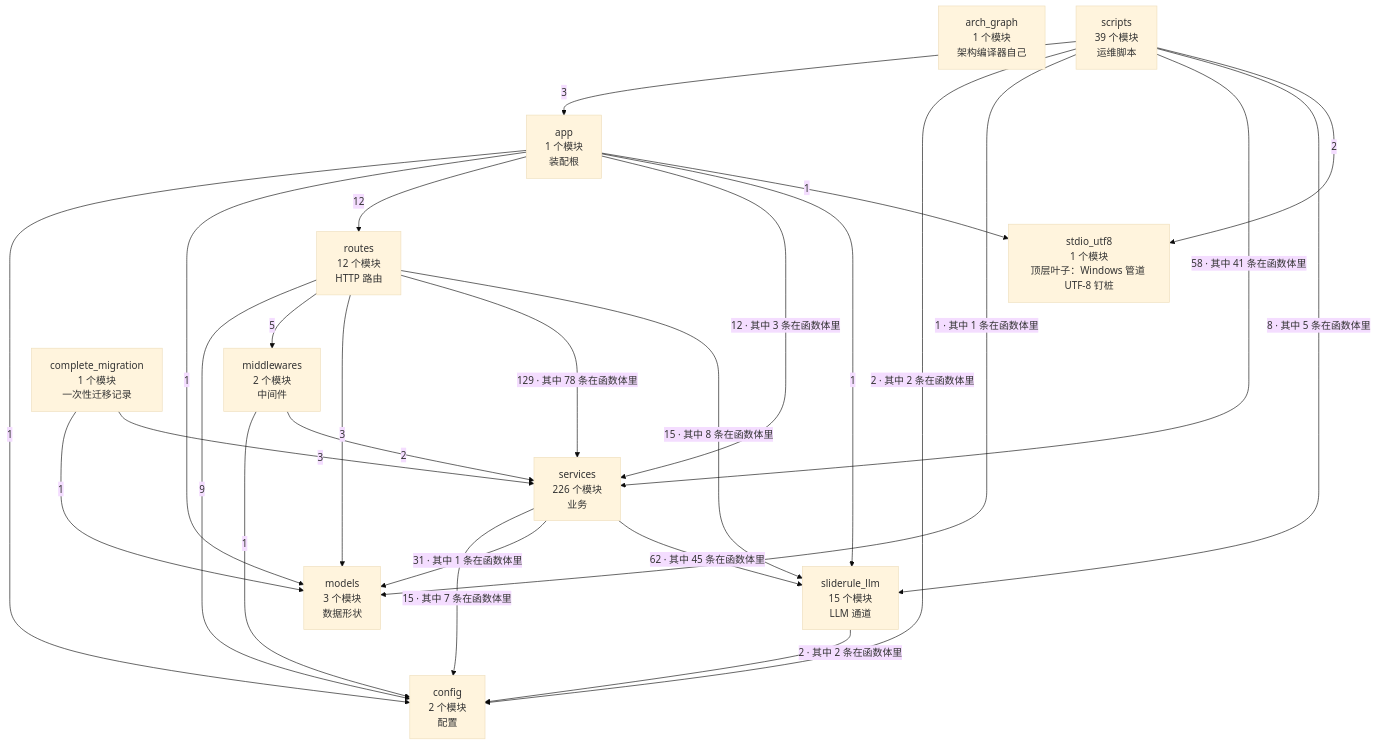
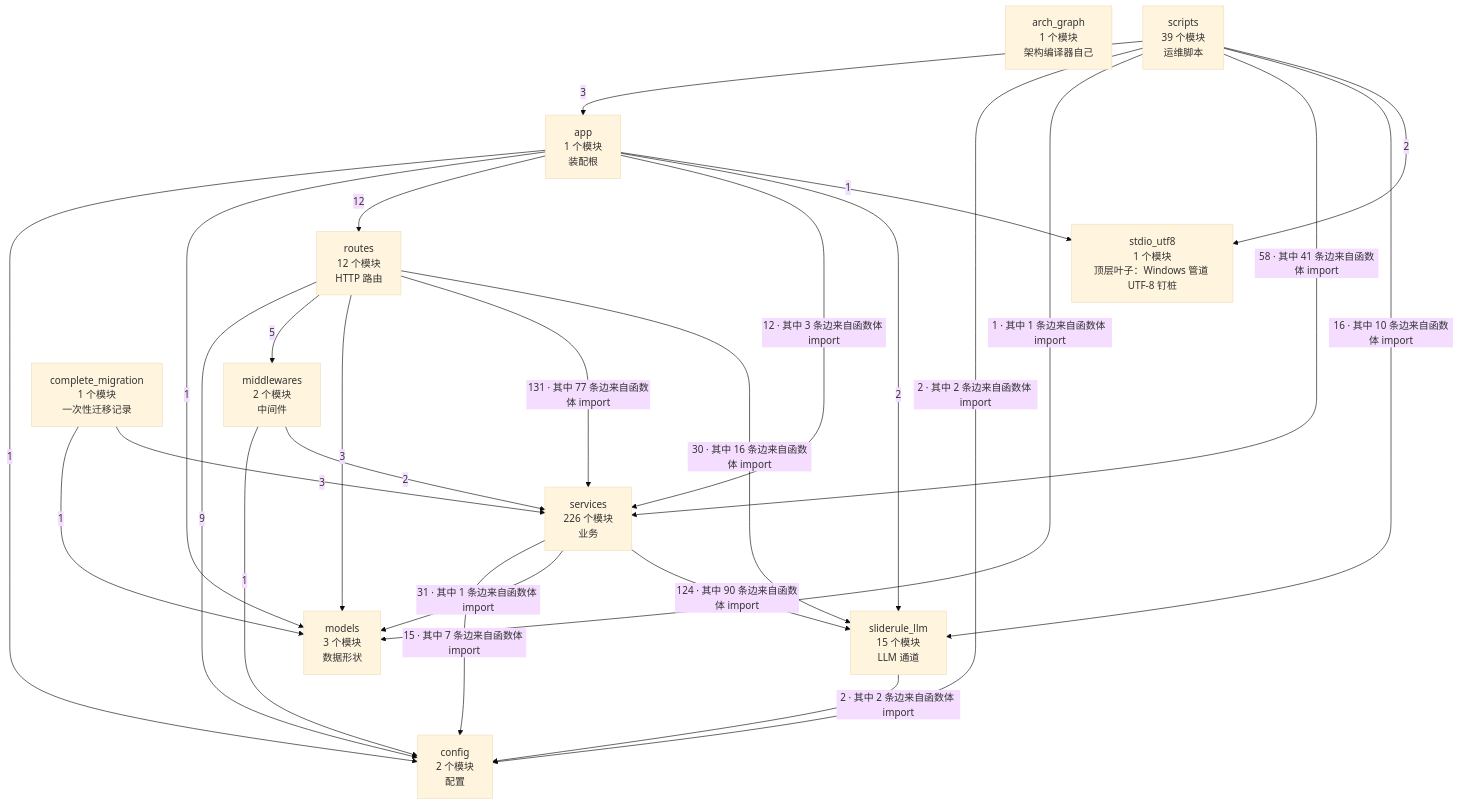
The second of 4 diagrams in docs/SlideRule V6.2 架构图（自动生成）.md (2686521696/WhyBuddy), drawn with Mermaid (base theme) before and after one commit. The commit also changed other lines of this file and 13 other files, not shown here.

First line of the commit message:
fix(architecture): validate complete dependency graphs and regenerate docs

````diff
--- a/docs/SlideRule V6.2 架构图（自动生成）.md
+++ b/docs/SlideRule V6.2 架构图（自动生成）.md
@@ -60,39 +62,39 @@
 ```mermaid
 flowchart TB
   arch_graph["arch_graph<br/>1 个模块<br/>架构编译器自己"]
   config["config<br/>2 个模块<br/>配置"]
   models["models<br/>3 个模块<br/>数据形状"]
   stdio_utf8["stdio_utf8<br/>1 个模块<br/>顶层叶子：Windows 管道 UTF-8 钉桩"]
   sliderule_llm["sliderule_llm<br/>15 个模块<br/>LLM 通道"]
   middlewares["middlewares<br/>2 个模块<br/>中间件"]
   services["services<br/>226 个模块<br/>业务"]
   routes["routes<br/>12 个模块<br/>HTTP 路由"]
   app["app<br/>1 个模块<br/>装配根"]
   complete_migration["complete_migration<br/>1 个模块<br/>一次性迁移记录"]
   scripts["scripts<br/>39 个模块<br/>运维脚本"]
   app -->|1| config
   app -->|1| models
   app -->|12| routes
-  app -->|12 · 其中 3 条在函数体里| services
-  app -->|1| sliderule_llm
+  app -->|12 · 其中 3 条边来自函数体 import| services
+  app -->|2| sliderule_llm
   app -->|1| stdio_utf8
   complete_migration -->|1| models
   complete_migration -->|3| services
   middlewares -->|1| config
   middlewares -->|2| services
   routes -->|9| config
   routes -->|5| middlewares
   routes -->|3| models
-  routes -->|129 · 其中 78 条在函数体里| services
-  routes -->|15 · 其中 8 条在函数体里| sliderule_llm
+  routes -->|131 · 其中 77 条边来自函数体 import| services
+  routes -->|30 · 其中 16 条边来自函数体 import| sliderule_llm
   scripts -->|3| app
-  scripts -->|2 · 其中 2 条在函数体里| config
-  scripts -->|1 · 其中 1 条在函数体里| models
-  scripts -->|58 · 其中 41 条在函数体里| services
-  scripts -->|8 · 其中 5 条在函数体里| sliderule_llm
+  scripts -->|2 · 其中 2 条边来自函数体 import| config
+  scripts -->|1 · 其中 1 条边来自函数体 import| models
+  scripts -->|58 · 其中 41 条边来自函数体 import| services
+  scripts -->|16 · 其中 10 条边来自函数体 import| sliderule_llm
   scripts -->|2| stdio_utf8
-  services -->|15 · 其中 7 条在函数体里| config
-  services -->|31 · 其中 1 条在函数体里| models
-  services -->|62 · 其中 45 条在函数体里| sliderule_llm
-  sliderule_llm -->|2 · 其中 2 条在函数体里| config
+  services -->|15 · 其中 7 条边来自函数体 import| config
+  services -->|31 · 其中 1 条边来自函数体 import| models
+  services -->|124 · 其中 90 条边来自函数体 import| sliderule_llm
+  sliderule_llm -->|2 · 其中 2 条边来自函数体 import| config
 ```
````
